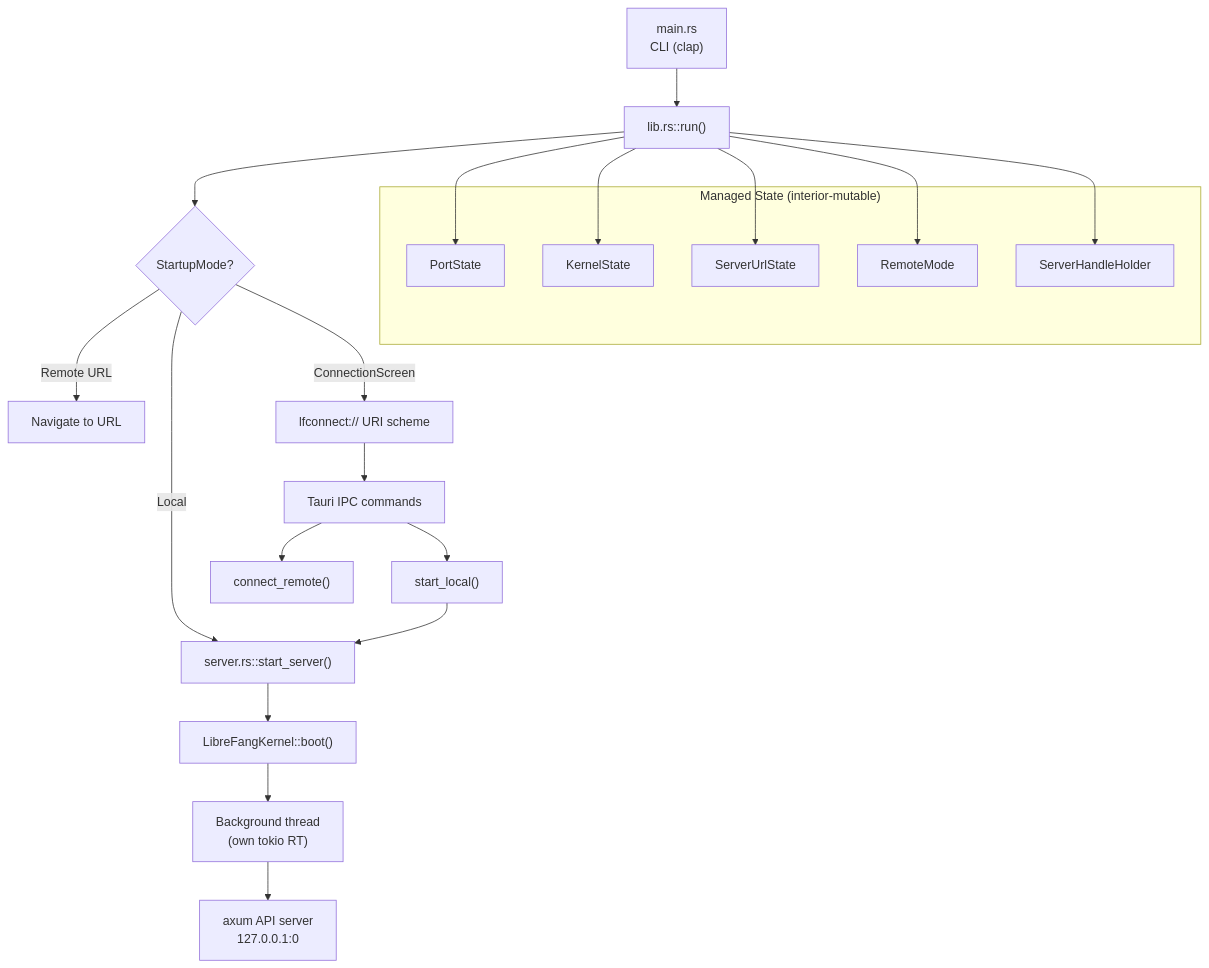
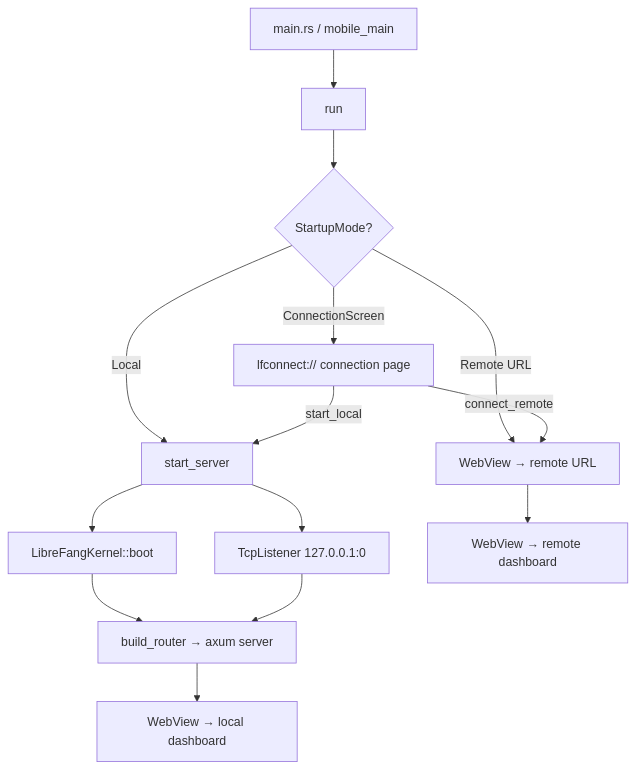
The diagram in desktop-application.md (leszek3737/librefang-WIki), drawn with Mermaid before and after one commit. The commit also changed other lines of this file and 70 other files, not shown here.

````diff
--- a/desktop-application.md
+++ b/desktop-application.md
@@ -9,31 +9,16 @@
 ```mermaid
 graph TD
-    CLI["main.rs<br/>CLI (clap)"] --> RUN["lib.rs::run()"]
-    RUN --> MODE{StartupMode?}
-    MODE -->|Remote URL| NAV_DIRECT["Navigate to URL"]
-    MODE -->|Local| BOOT["server.rs::start_server()"]
-    MODE -->|ConnectionScreen| CONN_SCREEN["lfconnect:// URI scheme"]
-
-    BOOT --> KERNEL["LibreFangKernel::boot()"]
-    KERNEL --> BG_THREAD["Background thread<br/>(own tokio RT)"]
-    BG_THREAD --> AXUM["axum API server<br/>127.0.0.1:0"]
-
-    CONN_SCREEN --> IPC["Tauri IPC commands"]
-    IPC --> CONNECT_REMOTE["connect_remote()"]
-    IPC --> START_LOCAL["start_local()"]
-    START_LOCAL --> BOOT
-
-    subgraph "Managed State (interior-mutable)"
-        PORT["PortState"]
-        KSTATE["KernelState"]
-        URL["ServerUrlState"]
-        REMOTE["RemoteMode"]
-        HOLDER["ServerHandleHolder"]
-    end
-
-    RUN --> PORT
-    RUN --> KSTATE
-    RUN --> URL
-    RUN --> REMOTE
-    RUN --> HOLDER
+    CLI[main.rs / mobile_main] --> run[run]
+    run --> SM{StartupMode?}
+    SM -->|Remote URL| NAV[WebView → remote URL]
+    SM -->|Local| SS[start_server]
+    SM -->|ConnectionScreen| CS[lfconnect:// connection page]
+    SS --> KERNEL[LibreFangKernel::boot]
+    SS --> LISTEN[TcpListener 127.0.0.1:0]
+    KERNEL --> ROUTER[build_router → axum server]
+    LISTEN --> ROUTER
+    CS -->|connect_remote| NAV
+    CS -->|start_local| SS
+    ROUTER --> DASH[WebView → local dashboard]
+    NAV --> DASH2[WebView → remote dashboard]
 ```
````
